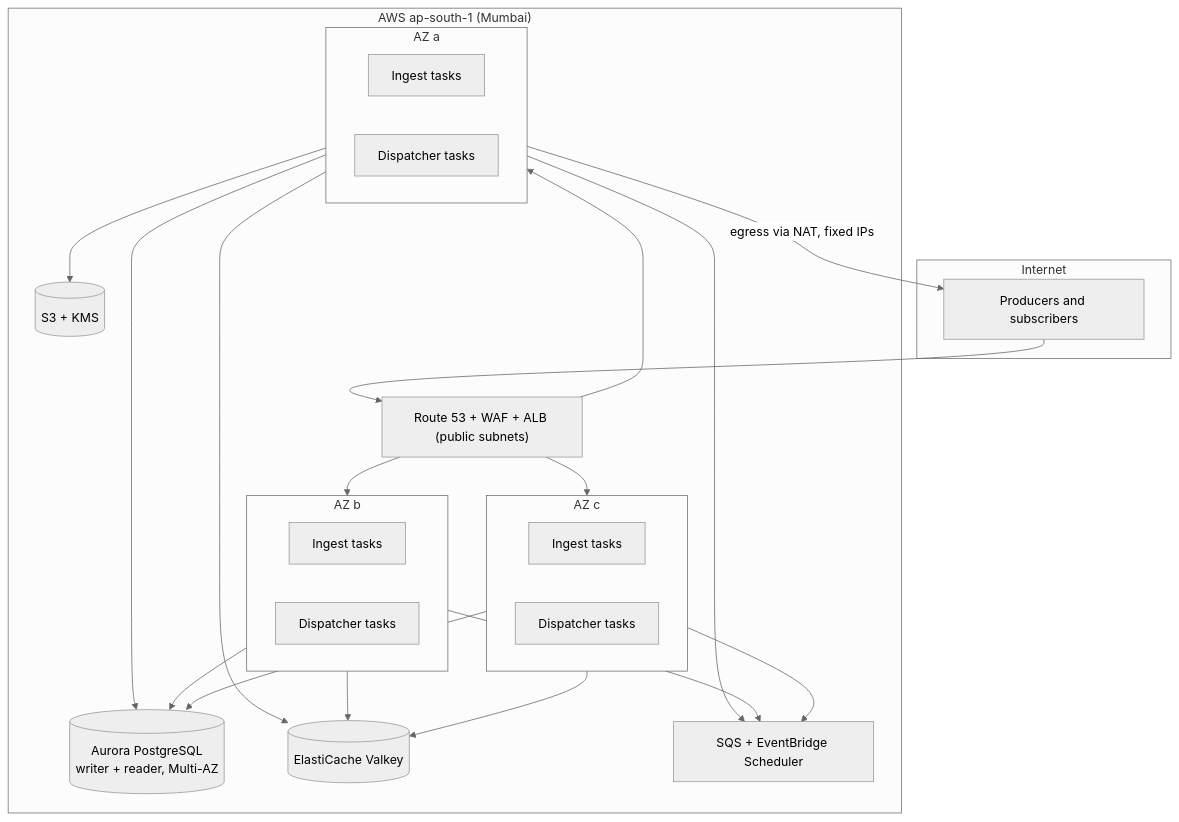
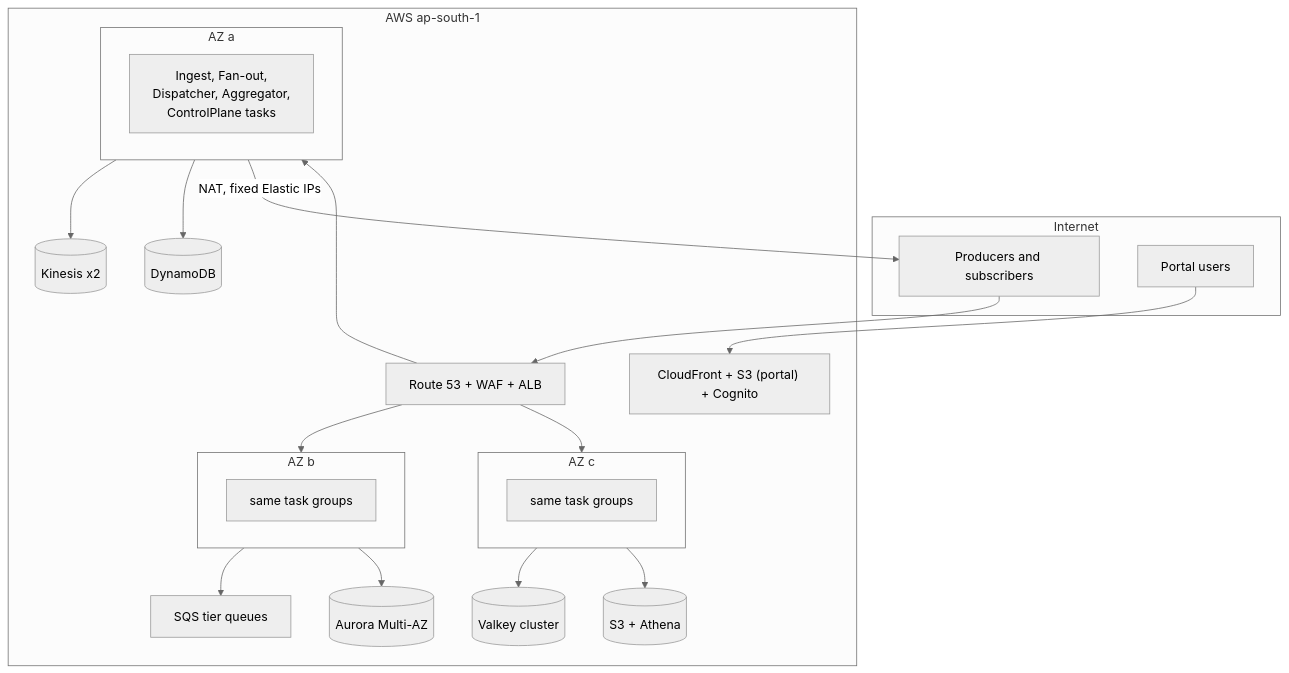
The seventh of 7 diagrams in docs/architecture.md (twobudgies/WebhookGateway), drawn with Mermaid (neutral theme) before and after one commit. The commit also changed other lines of this file and 6 other files, not shown here.

Commit message:
docs: architecture v3 (30k events/s, pacing, connection limits), data plane, portal

````diff
--- a/docs/architecture.md
+++ b/docs/architecture.md
@@ -182,40 +242,38 @@
 ```mermaid
 flowchart TB
   subgraph Internet
     P2["Producers and subscribers"]
+    U2["Portal users"]
   end
-  subgraph R["AWS ap-south-1 (Mumbai)"]
-    WAF["Route 53 + WAF + ALB (public subnets)"]
+  subgraph R["AWS ap-south-1"]
+    EDGE["Route 53 + WAF + ALB"]
+    CFD["CloudFront + S3 (portal) + Cognito"]
     subgraph AZ1["AZ a"]
-      I1["Ingest tasks"]
-      D1["Dispatcher tasks"]
+      T1["Ingest, Fan-out,<br/>Dispatcher, Aggregator,<br/>ControlPlane tasks"]
     end
     subgraph AZ2["AZ b"]
-      I2["Ingest tasks"]
-      D2["Dispatcher tasks"]
+      T2["same task groups"]
     end
     subgraph AZ3["AZ c"]
-      I3["Ingest tasks"]
-      D3["Dispatcher tasks"]
+      T3["same task groups"]
     end
-    AUR[("Aurora PostgreSQL<br/>writer + reader, Multi-AZ")]
-    VK[("ElastiCache Valkey")]
-    SQ["SQS + EventBridge Scheduler"]
-    S3B[("S3 + KMS")]
+    KD[("Kinesis x2")]
+    SQ["SQS tier queues"]
+    VK[("Valkey cluster")]
+    DY[("DynamoDB")]
+    AU[("Aurora Multi-AZ")]
+    S3B[("S3 + Athena")]
   end
-  P2 --> WAF
-  WAF --> AZ1
-  WAF --> AZ2
-  WAF --> AZ3
-  AZ1 --> AUR
-  AZ2 --> AUR
-  AZ3 --> AUR
-  AZ1 --> VK
-  AZ2 --> VK
+  P2 --> EDGE
+  U2 --> CFD
+  EDGE --> AZ1
+  EDGE --> AZ2
+  EDGE --> AZ3
+  AZ1 --> KD
+  AZ2 --> SQ
   AZ3 --> VK
-  AZ1 --> SQ
-  AZ2 --> SQ
-  AZ3 --> SQ
-  AZ1 --> S3B
-  AZ1 -->|"egress via NAT, fixed IPs"| P2
+  AZ1 --> DY
+  AZ2 --> AU
+  AZ3 --> S3B
+  AZ1 -->|"NAT, fixed Elastic IPs"| P2
 ```
````
